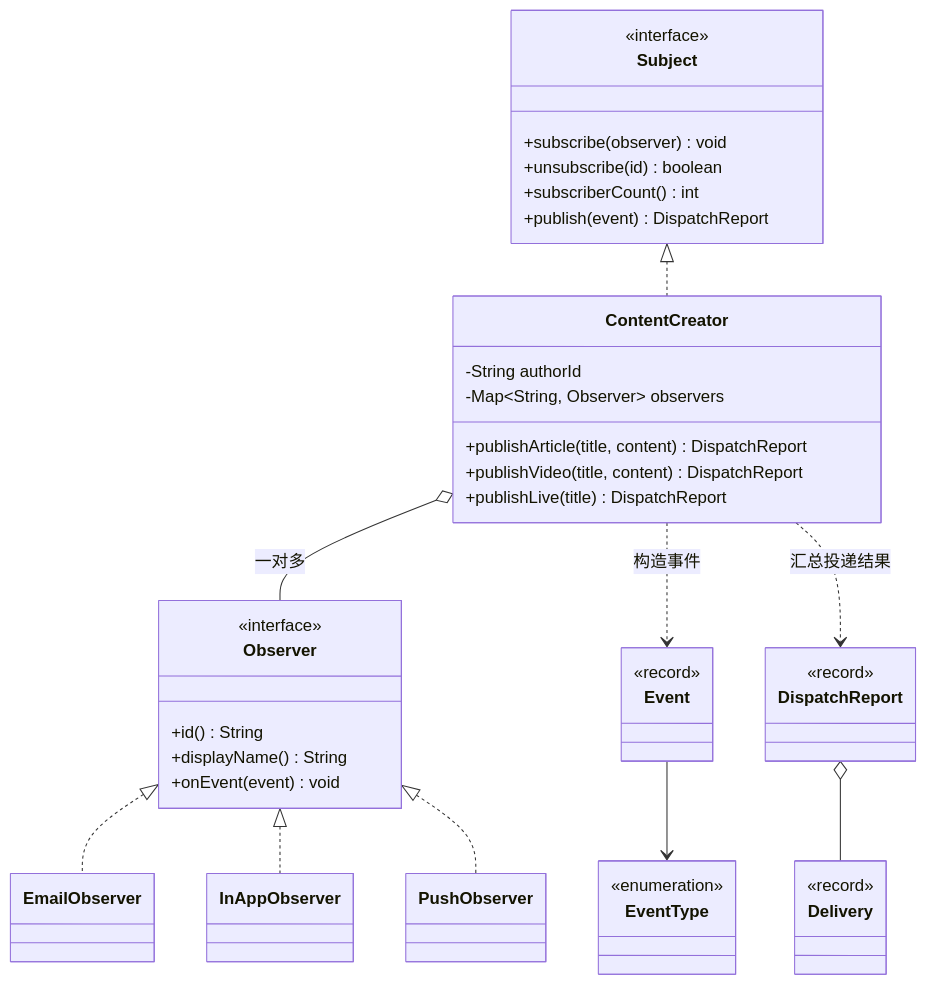
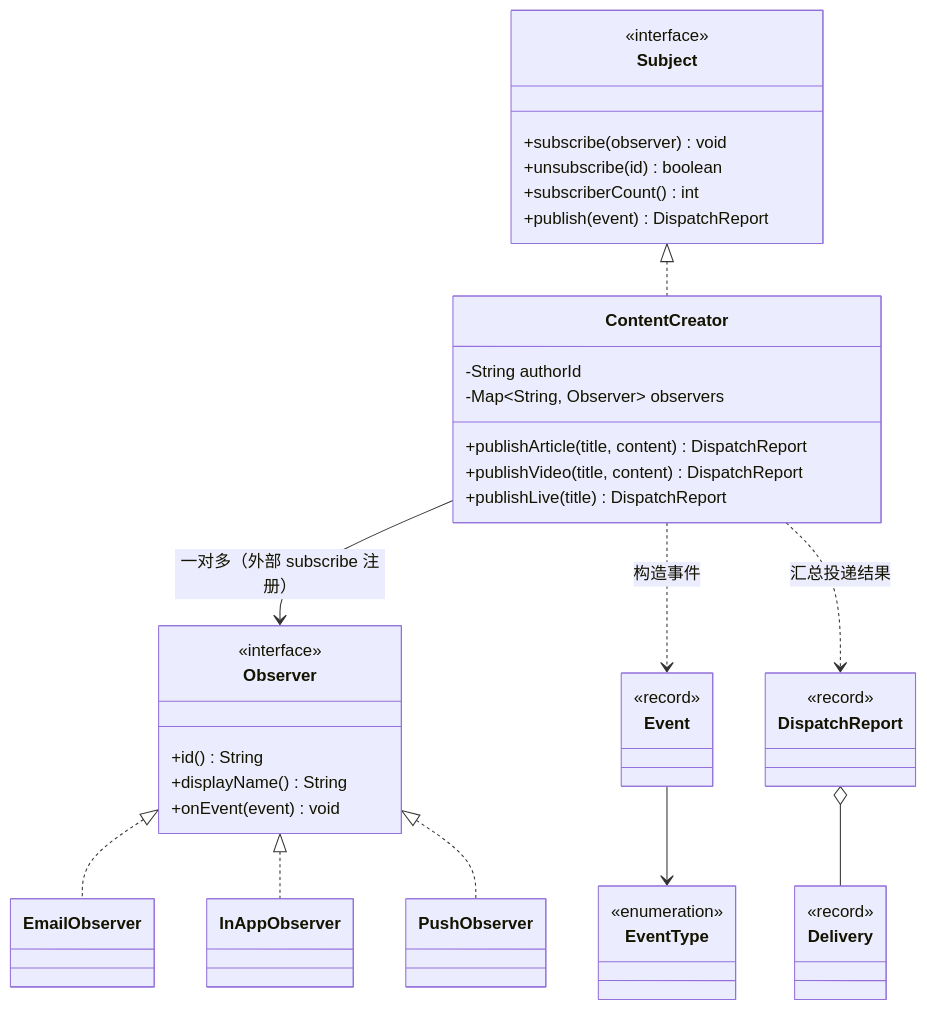
Before and after one commit to hglgh/design_patterns_pro: diagram 19 of 27 in docs/10-uml-atlas.md, drawn with Mermaid. The commit also changed other lines of this file and 16 other files, not shown here.

````diff
--- a/docs/10-uml-atlas.md
+++ b/docs/10-uml-atlas.md
@@ -886,47 +909,47 @@
 ```mermaid
 classDiagram
     class Subject {
         <<interface>>
         +subscribe(observer) void
         +unsubscribe(id) boolean
         +subscriberCount() int
         +publish(event) DispatchReport
     }
     class Observer {
         <<interface>>
         +id() String
         +displayName() String
         +onEvent(event) void
     }
     class ContentCreator {
         -String authorId
         -Map~String, Observer~ observers
         +publishArticle(title, content) DispatchReport
         +publishVideo(title, content) DispatchReport
         +publishLive(title) DispatchReport
     }
     class EmailObserver
     class InAppObserver
     class PushObserver
     class Event {
         <<record>>
     }
     class EventType {
         <<enumeration>>
     }
     class Delivery {
         <<record>>
     }
     class DispatchReport {
         <<record>>
     }
     Subject <|.. ContentCreator
     Observer <|.. EmailObserver
     Observer <|.. InAppObserver
     Observer <|.. PushObserver
-    ContentCreator o-- Observer : 一对多
+    ContentCreator --> Observer : 一对多（外部 subscribe 注册）
     ContentCreator ..> Event : 构造事件
     ContentCreator ..> DispatchReport : 汇总投递结果
     DispatchReport o-- Delivery
     Event --> EventType
 ```
````
